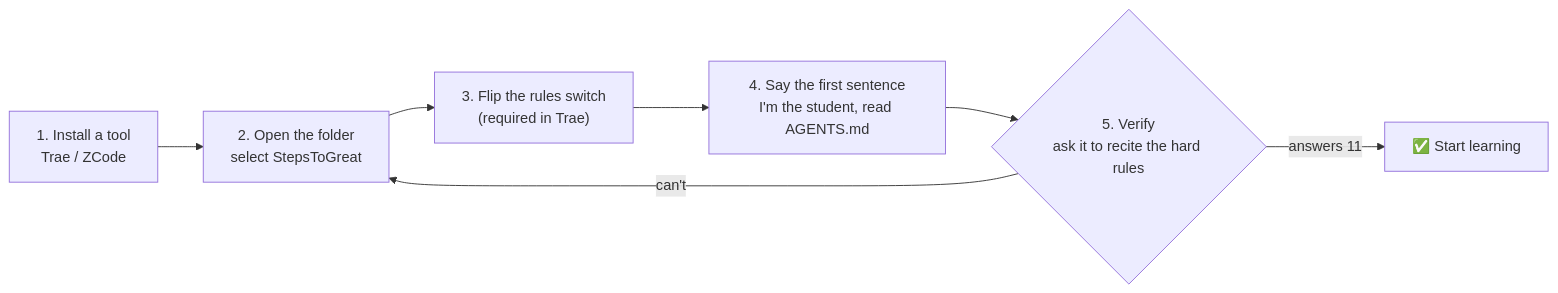
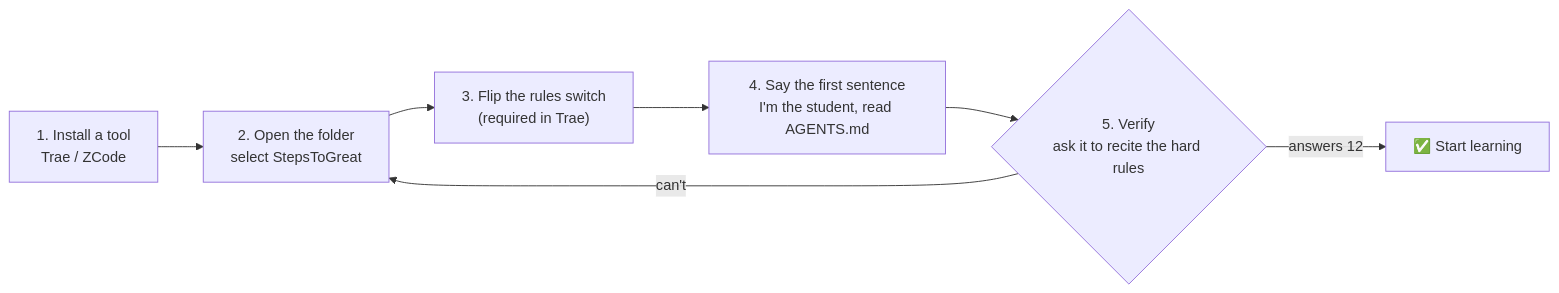
Before and after one commit to wildcat430524/StepsToGreat: the first of 3 diagrams in 教程/ui-mockups.en.md, drawn with Mermaid. The commit also changed other lines of this file and 83 other files, not shown here.

````diff
--- a/教程/ui-mockups.en.md
+++ b/教程/ui-mockups.en.md
@@ -33,9 +33,9 @@
 ```mermaid
 flowchart LR
     A["1. Install a tool<br/>Trae / ZCode"] --> B["2. Open the folder<br/>select StepsToGreat"]
     B --> C["3. Flip the rules switch<br/>(required in Trae)"]
     C --> D["4. Say the first sentence<br/>I'm the student, read AGENTS.md"]
     D --> E{"5. Verify<br/>ask it to recite the hard rules"}
-    E -->|"answers 11"| F["✅ Start learning"]
+    E -->|"answers 12"| F["✅ Start learning"]
     E -->|"can't"| B
 ```
````
